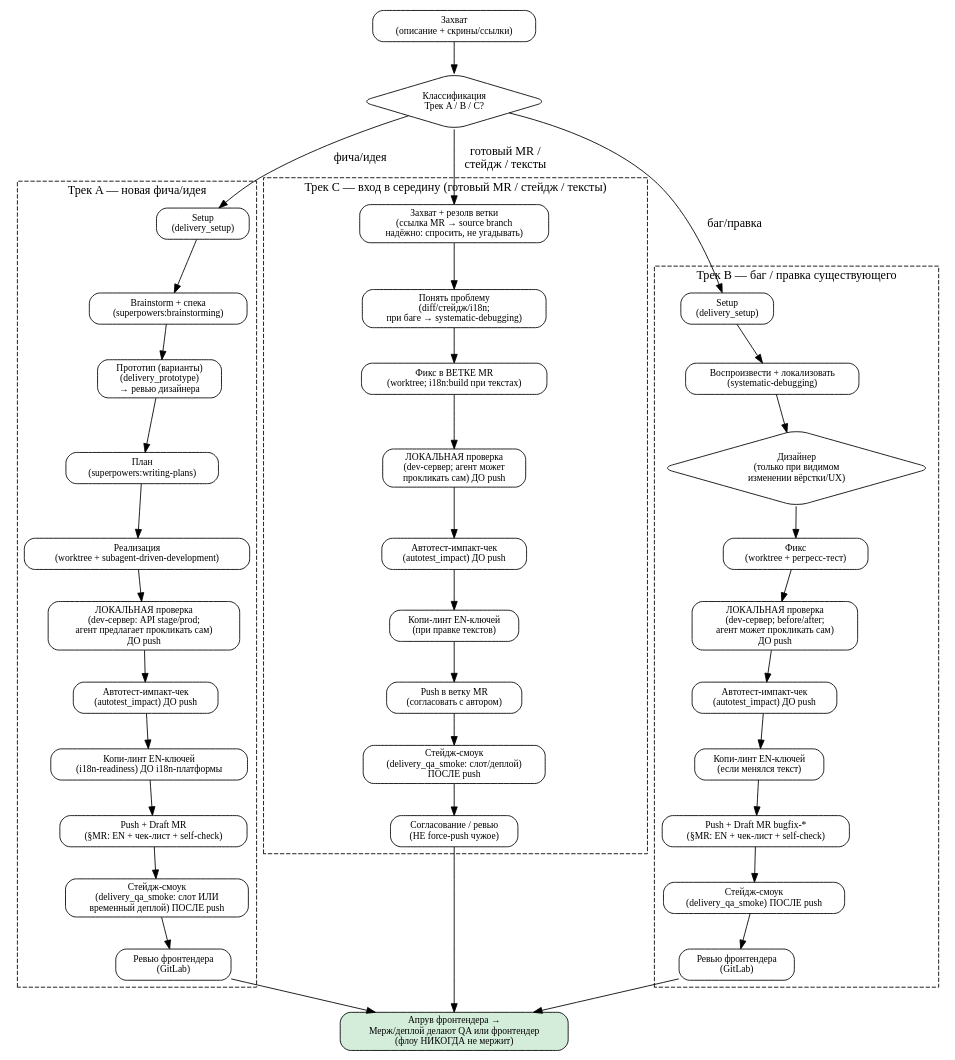
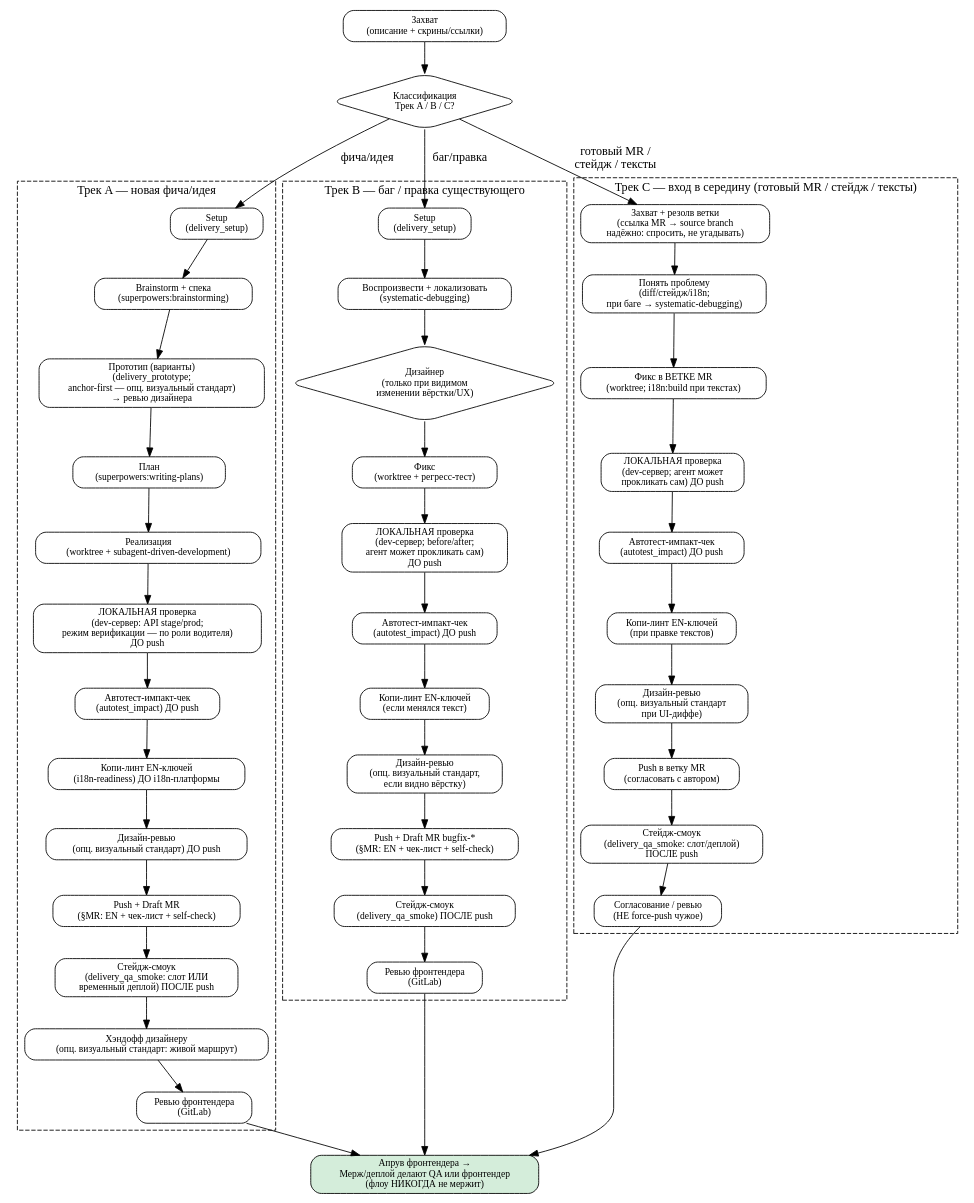
One commit to echangli/delivery-flow changed the diagram in plugins/delivery/skills/delivery_orchestrator/SKILL.md. Above: the diagram before and after it, drawn with Graphviz. The commit also changed other lines of this file and 11 other files, not shown here.

Commit message:
Add optional design-standard plugin hooks to the flow

````diff
--- a/plugins/delivery/skills/delivery_orchestrator/SKILL.md
+++ b/plugins/delivery/skills/delivery_orchestrator/SKILL.md
@@ -74,67 +74,71 @@
 ```dot
 digraph delivery {
   rankdir=TB;
   node [shape=box, style=rounded, fontsize=11];
 
   capture    [label="Захват\n(описание + скрины/ссылки)"];
   classify   [label="Классификация\nТрек A / B / C?", shape=diamond];
 
   subgraph cluster_a {
     label="Трек A — новая фича/идея";
     style=dashed;
     a0 [label="Setup\n(delivery_setup)"];
     a1 [label="Brainstorm + спека\n(superpowers:brainstorming)"];
-    a2 [label="Прототип (варианты)\n(delivery_prototype)\n→ ревью дизайнера"];
+    a2 [label="Прототип (варианты)\n(delivery_prototype;\nanchor-first — опц. визуальный стандарт)\n→ ревью дизайнера"];
     a3 [label="План\n(superpowers:writing-plans)"];
     a4 [label="Реализация\n(worktree + subagent-driven-development)"];
-    a5 [label="ЛОКАЛЬНАЯ проверка\n(dev-сервер: API stage/prod;\nагент предлагает прокликать сам)\nДО push"];
+    a5 [label="ЛОКАЛЬНАЯ проверка\n(dev-сервер: API stage/prod;\nрежим верификации — по роли водителя)\nДО push"];
     a5b [label="Автотест-импакт-чек\n(autotest_impact) ДО push"];
     a5c [label="Копи-линт EN-ключей\n(i18n-readiness) ДО i18n-платформы"];
+    a5d [label="Дизайн-ревью\n(опц. визуальный стандарт) ДО push"];
     a6 [label="Push + Draft MR\n(§MR: EN + чек-лист + self-check)"];
     a7 [label="Стейдж-смоук\n(delivery_qa_smoke: слот ИЛИ\nвременный деплой) ПОСЛЕ push"];
+    a7b [label="Хэндофф дизайнеру\n(опц. визуальный стандарт: живой маршрут)"];
     a8 [label="Ревью фронтендера\n(GitLab)"];
-    a0 -> a1 -> a2 -> a3 -> a4 -> a5 -> a5b -> a5c -> a6 -> a7 -> a8;
+    a0 -> a1 -> a2 -> a3 -> a4 -> a5 -> a5b -> a5c -> a5d -> a6 -> a7 -> a7b -> a8;
   }
 
   subgraph cluster_b {
     label="Трек B — баг / правка существующего";
     style=dashed;
     b0 [label="Setup\n(delivery_setup)"];
     b1 [label="Воспроизвести + локализовать\n(systematic-debugging)"];
     b2 [label="Дизайнер\n(только при видимом\nизменении вёрстки/UX)", shape=diamond];
     b3 [label="Фикс\n(worktree + регресс-тест)"];
     b4 [label="ЛОКАЛЬНАЯ проверка\n(dev-сервер; before/after;\nагент может прокликать сам)\nДО push"];
     b4b [label="Автотест-импакт-чек\n(autotest_impact) ДО push"];
     b4c [label="Копи-линт EN-ключей\n(если менялся текст)"];
+    b4d [label="Дизайн-ревью\n(опц. визуальный стандарт,\nесли видно вёрстку)"];
     b5 [label="Push + Draft MR bugfix-*\n(§MR: EN + чек-лист + self-check)"];
     b6 [label="Стейдж-смоук\n(delivery_qa_smoke) ПОСЛЕ push"];
     b7 [label="Ревью фронтендера\n(GitLab)"];
-    b0 -> b1 -> b2 -> b3 -> b4 -> b4b -> b4c -> b5 -> b6 -> b7;
+    b0 -> b1 -> b2 -> b3 -> b4 -> b4b -> b4c -> b4d -> b5 -> b6 -> b7;
   }
 
   subgraph cluster_c {
     label="Трек C — вход в середину (готовый MR / стейдж / тексты)";
     style=dashed;
     c0 [label="Захват + резолв ветки\n(ссылка MR → source branch\nнадёжно: спросить, не угадывать)"];
     c1 [label="Понять проблему\n(diff/стейдж/i18n;\nпри баге → systematic-debugging)"];
     c2 [label="Фикс в ВЕТКЕ MR\n(worktree; i18n:build при текстах)"];
     c3 [label="ЛОКАЛЬНАЯ проверка\n(dev-сервер; агент может\nпрокликать сам) ДО push"];
     c3b [label="Автотест-импакт-чек\n(autotest_impact) ДО push"];
     c3c [label="Копи-линт EN-ключей\n(при правке текстов)"];
+    c3d [label="Дизайн-ревью\n(опц. визуальный стандарт\nпри UI-диффе)"];
     c4 [label="Push в ветку MR\n(согласовать с автором)"];
     c5 [label="Стейдж-смоук\n(delivery_qa_smoke: слот/деплой)\nПОСЛЕ push"];
     c6 [label="Согласование / ревью\n(НЕ force-push чужое)"];
-    c0 -> c1 -> c2 -> c3 -> c3b -> c3c -> c4 -> c5 -> c6;
+    c0 -> c1 -> c2 -> c3 -> c3b -> c3c -> c3d -> c4 -> c5 -> c6;
   }
 
   terminal [label="Апрув фронтендера →\nМерж/деплой делают QA или фронтендер\n(флоу НИКОГДА не мержит)", shape=box, style="rounded,filled", fillcolor="#d4edda"];
 
   capture -> classify;
   classify -> a0 [label="фича/идея"];
   classify -> b0 [label="баг/правка"];
   classify -> c0 [label="готовый MR /\nстейдж / тексты"];
   a8 -> terminal;
   b7 -> terminal;
   c6 -> terminal;
 }
 ```
````
